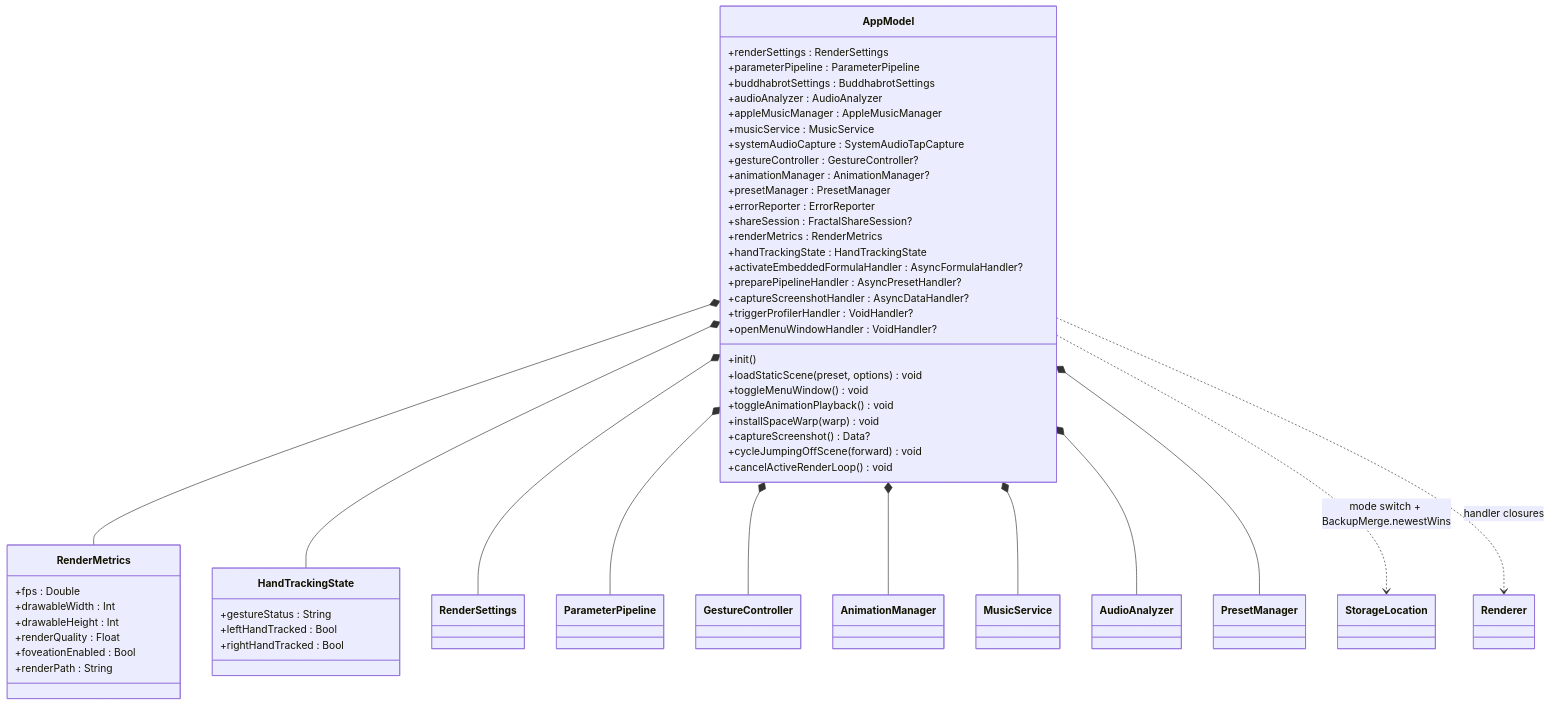
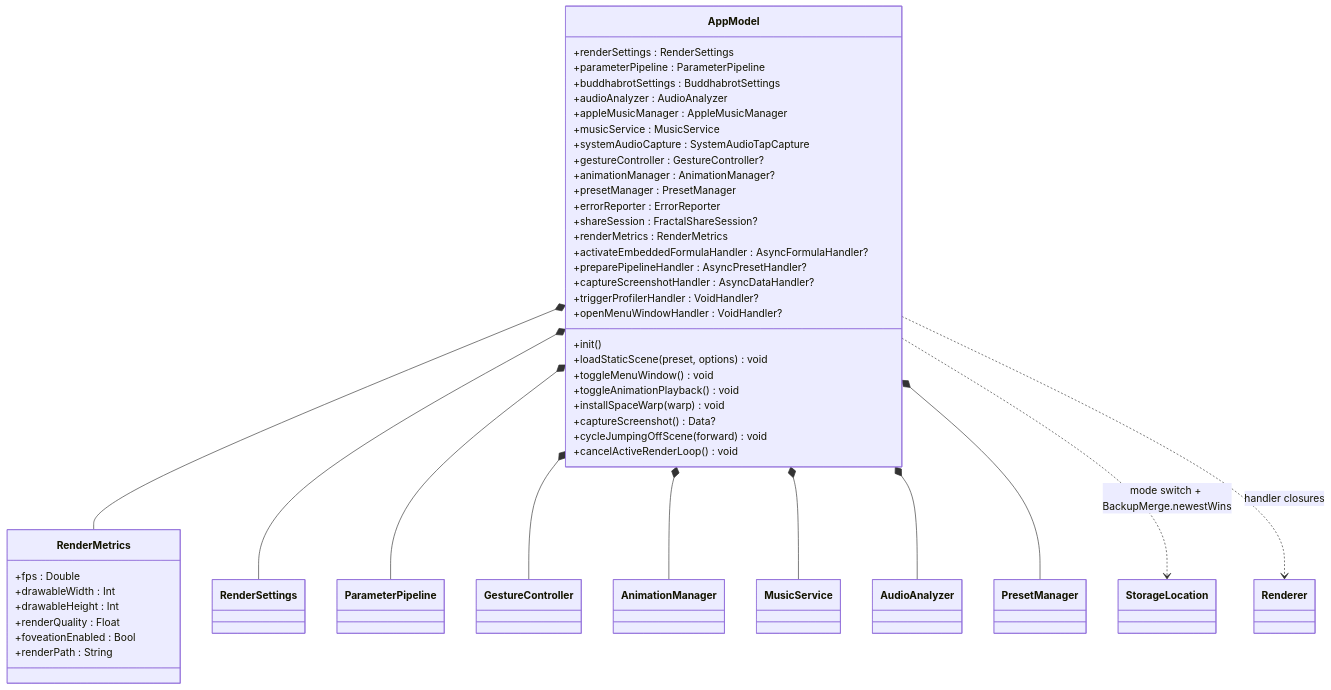
The first of 17 diagrams in Context/CLASS_DIAGRAM.md (Halopend/MetalRaymarch-main), drawn with Mermaid before and after one commit. The commit also changed other lines of this file and 195 other files, not shown here.

````diff
--- a/Context/CLASS_DIAGRAM.md
+++ b/Context/CLASS_DIAGRAM.md
@@ -28,59 +28,51 @@
 ```mermaid
 classDiagram
     direction TB
 
     class AppModel {
         +renderSettings : RenderSettings
         +parameterPipeline : ParameterPipeline
         +buddhabrotSettings : BuddhabrotSettings
         +audioAnalyzer : AudioAnalyzer
         +appleMusicManager : AppleMusicManager
         +musicService : MusicService
         +systemAudioCapture : SystemAudioTapCapture
         +gestureController : GestureController?
         +animationManager : AnimationManager?
         +presetManager : PresetManager
         +errorReporter : ErrorReporter
         +shareSession : FractalShareSession?
         +renderMetrics : RenderMetrics
-        +handTrackingState : HandTrackingState
         +activateEmbeddedFormulaHandler : AsyncFormulaHandler?
         +preparePipelineHandler : AsyncPresetHandler?
         +captureScreenshotHandler : AsyncDataHandler?
         +triggerProfilerHandler : VoidHandler?
         +openMenuWindowHandler : VoidHandler?
         +init()
         +loadStaticScene(preset, options) void
         +toggleMenuWindow() void
         +toggleAnimationPlayback() void
         +installSpaceWarp(warp) void
         +captureScreenshot() Data?
         +cycleJumpingOffScene(forward) void
         +cancelActiveRenderLoop() void
     }
     class RenderMetrics {
         +fps : Double
         +drawableWidth : Int
         +drawableHeight : Int
         +renderQuality : Float
         +foveationEnabled : Bool
         +renderPath : String
     }
-    class HandTrackingState {
-        +gestureStatus : String
-        +leftHandTracked : Bool
-        +rightHandTracked : Bool
-    }
-
     AppModel *-- RenderMetrics
-    AppModel *-- HandTrackingState
     AppModel *-- RenderSettings
     AppModel *-- ParameterPipeline
     AppModel *-- GestureController
     AppModel *-- AnimationManager
     AppModel *-- MusicService
     AppModel *-- AudioAnalyzer
     AppModel *-- PresetManager
     AppModel ..> StorageLocation : mode switch + BackupMerge.newestWins
     AppModel ..> Renderer : handler closures
 ```
````
